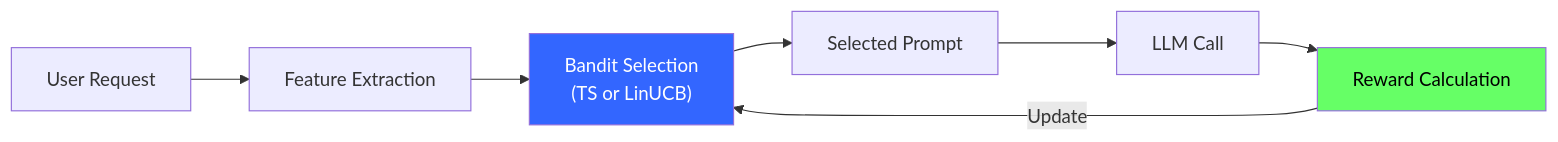
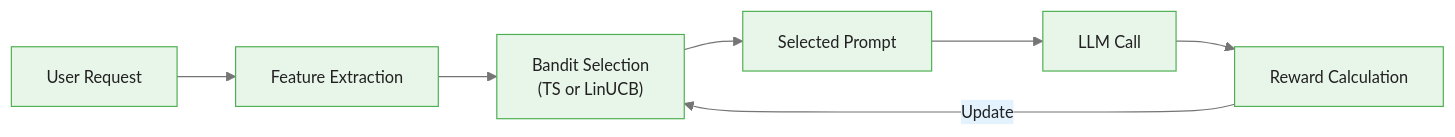
The first of 4 diagrams in courses/multi-armed-bandits-ab-testing/modules/module_08_prompt_routing_bandits/guides/cheatsheet_slides.md (m-deane/course-creator), drawn with Mermaid before and after one commit. The commit also changed other lines of this file and 146 other files, not shown here.

````diff
--- a/courses/multi-armed-bandits-ab-testing/modules/module_08_prompt_routing_bandits/guides/cheatsheet_slides.md
+++ b/courses/multi-armed-bandits-ab-testing/modules/module_08_prompt_routing_bandits/guides/cheatsheet_slides.md
@@ -22,12 +22,10 @@
 ```mermaid
+%%{init: {"theme": "base", "themeVariables": {"primaryColor": "#e8f5e9", "primaryBorderColor": "#4caf50", "primaryTextColor": "#212121", "secondaryColor": "#e3f2fd", "tertiaryColor": "#fff8e1", "lineColor": "#757575", "fontFamily": "Inter, sans-serif", "fontSize": "14px"}}}%%
 flowchart LR
     Request["User Request"] --> FE["Feature Extraction"]
     FE --> Bandit["Bandit Selection<br/>(TS or LinUCB)"]
     Bandit --> Prompt["Selected Prompt"]
     Prompt --> LLM["LLM Call"]
     LLM --> Reward["Reward Calculation"]
     Reward --> |"Update"| Bandit
-
-    style Bandit fill:#36f,color:#fff
-    style Reward fill:#6f6,color:#000
 ```
````
